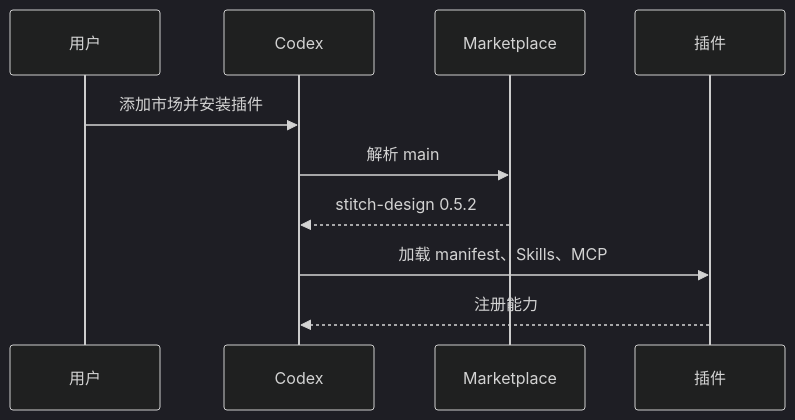
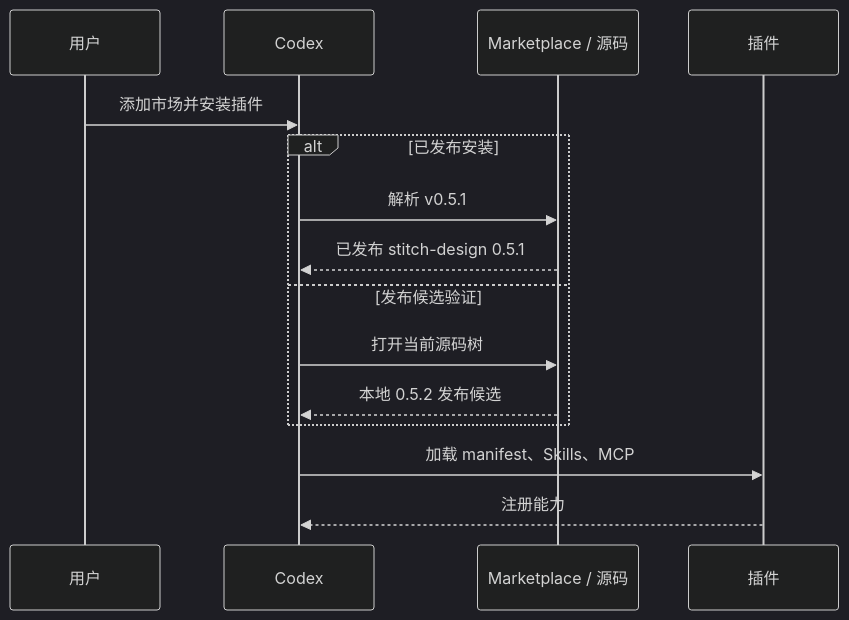
The seventh of 11 diagrams in docs/Stitch-Design-Architecture.zh_CN.md (full-stack-plugins/stitch-design-plugin), drawn with Mermaid (dark theme) before and after one commit. The commit also changed 16 other files, not shown here.

````diff
--- a/docs/Stitch-Design-Architecture.zh_CN.md
+++ b/docs/Stitch-Design-Architecture.zh_CN.md
@@ -156,12 +156,17 @@
 ```mermaid
 sequenceDiagram
     participant U as 用户
     participant C as Codex
-    participant M as Marketplace
+    participant M as Marketplace / 源码
     participant P as 插件
     U->>C: 添加市场并安装插件
-    C->>M: 解析 main
-    M-->>C: stitch-design 0.5.2
+    alt 已发布安装
+        C->>M: 解析 v0.5.1
+        M-->>C: 已发布 stitch-design 0.5.1
+    else 发布候选验证
+        C->>M: 打开当前源码树
+        M-->>C: 本地 0.5.2 发布候选
+    end
     C->>P: 加载 manifest、Skills、MCP
     P-->>C: 注册能力
 ```
````
